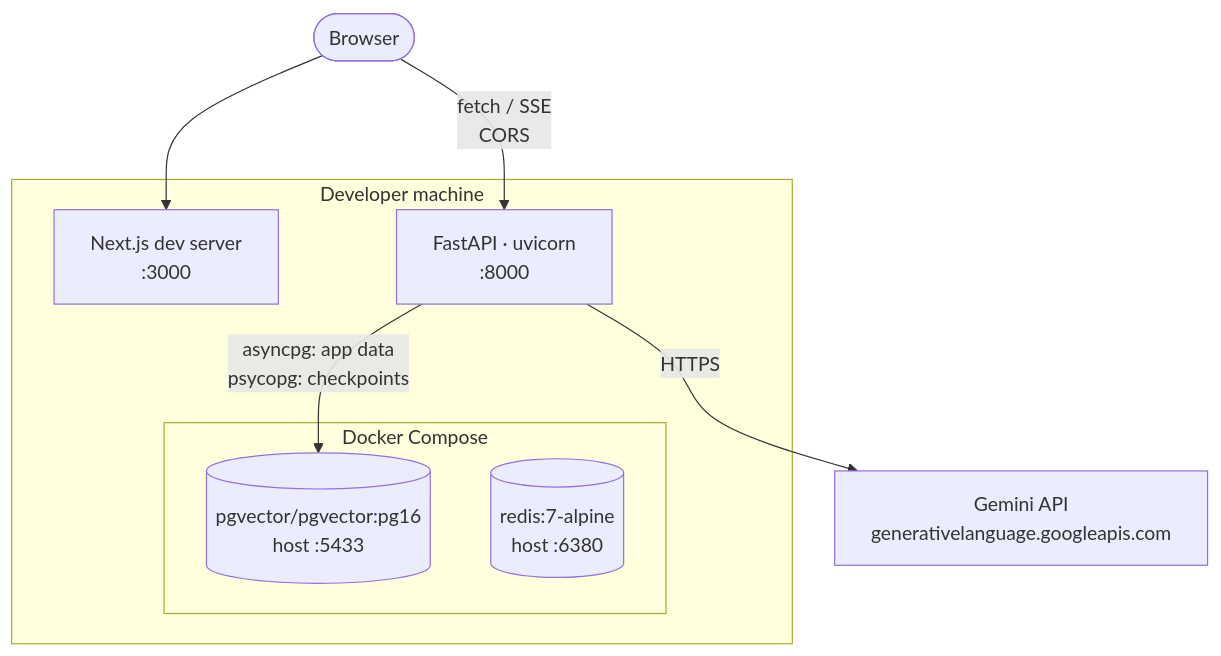
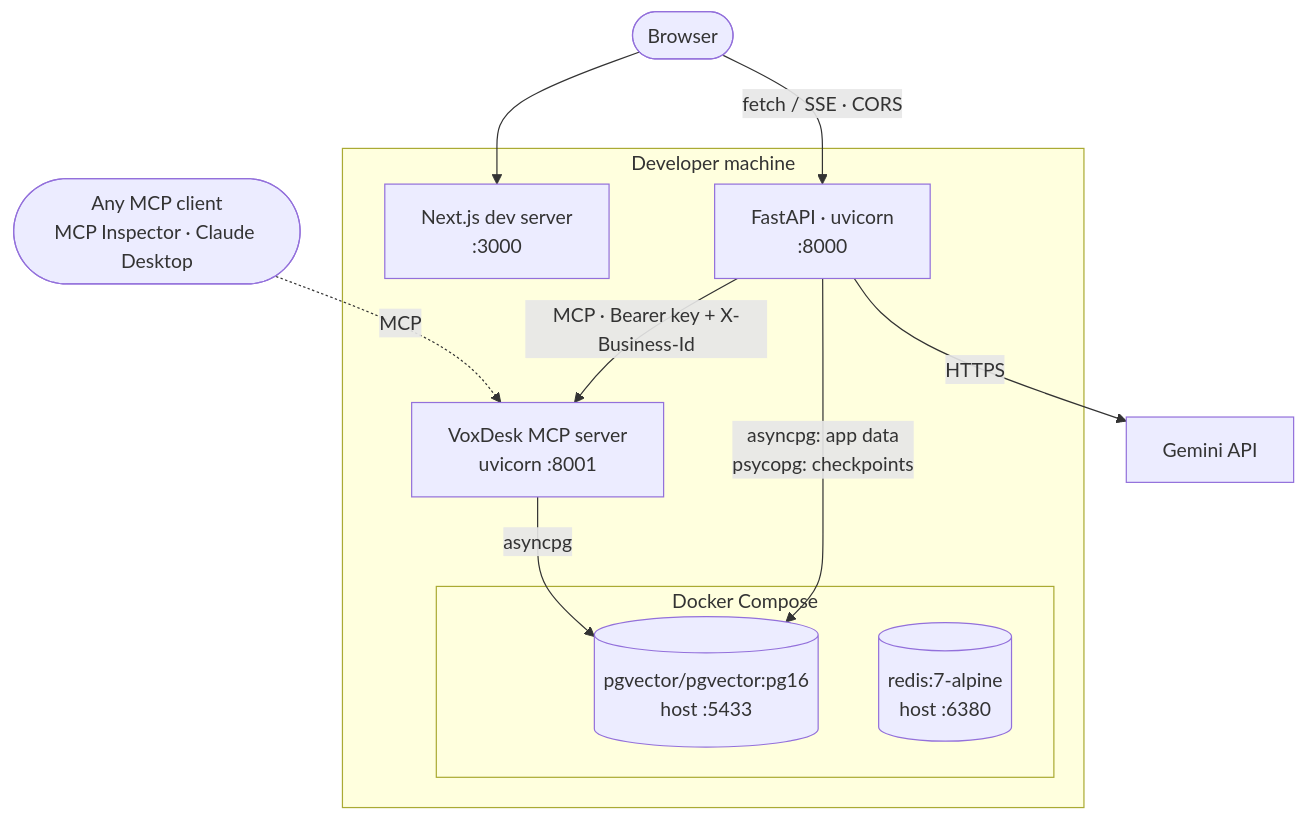
One commit to yash6388/voxdesk changed the second of 8 diagrams in docs/ARCHITECTURE.md. Above: the diagram before and after it, drawn with Mermaid. The commit also changed other lines of this file and 50 other files, not shown here.

Commit message:
feat: MCP booking server, booking agent with human-in-the-loop

````diff
--- a/docs/ARCHITECTURE.md
+++ b/docs/ARCHITECTURE.md
@@ -78,18 +79,23 @@
 ```mermaid
 flowchart TB
     browser(["Browser"])
+    inspector(["Any MCP client<br/>MCP Inspector · Claude Desktop"])
     subgraph host["Developer machine"]
         next["Next.js dev server<br/>:3000"]
         fastapi["FastAPI · uvicorn<br/>:8000"]
+        mcpserver["VoxDesk MCP server<br/>uvicorn :8001"]
         subgraph docker["Docker Compose"]
             pg[("pgvector/pgvector:pg16<br/>host :5433")]
             redis[("redis:7-alpine<br/>host :6380")]
         end
     end
-    gemini["Gemini API<br/>generativelanguage.googleapis.com"]
+    gemini["Gemini API"]
 
     browser --> next
-    browser -- "fetch / SSE<br/>CORS" --> fastapi
+    browser -- "fetch / SSE · CORS" --> fastapi
+    fastapi -- "MCP · Bearer key + X-Business-Id" --> mcpserver
+    inspector -. "MCP" .-> mcpserver
     fastapi -- "asyncpg: app data<br/>psycopg: checkpoints" --> pg
+    mcpserver -- "asyncpg" --> pg
     fastapi -- "HTTPS" --> gemini
 ```
````
